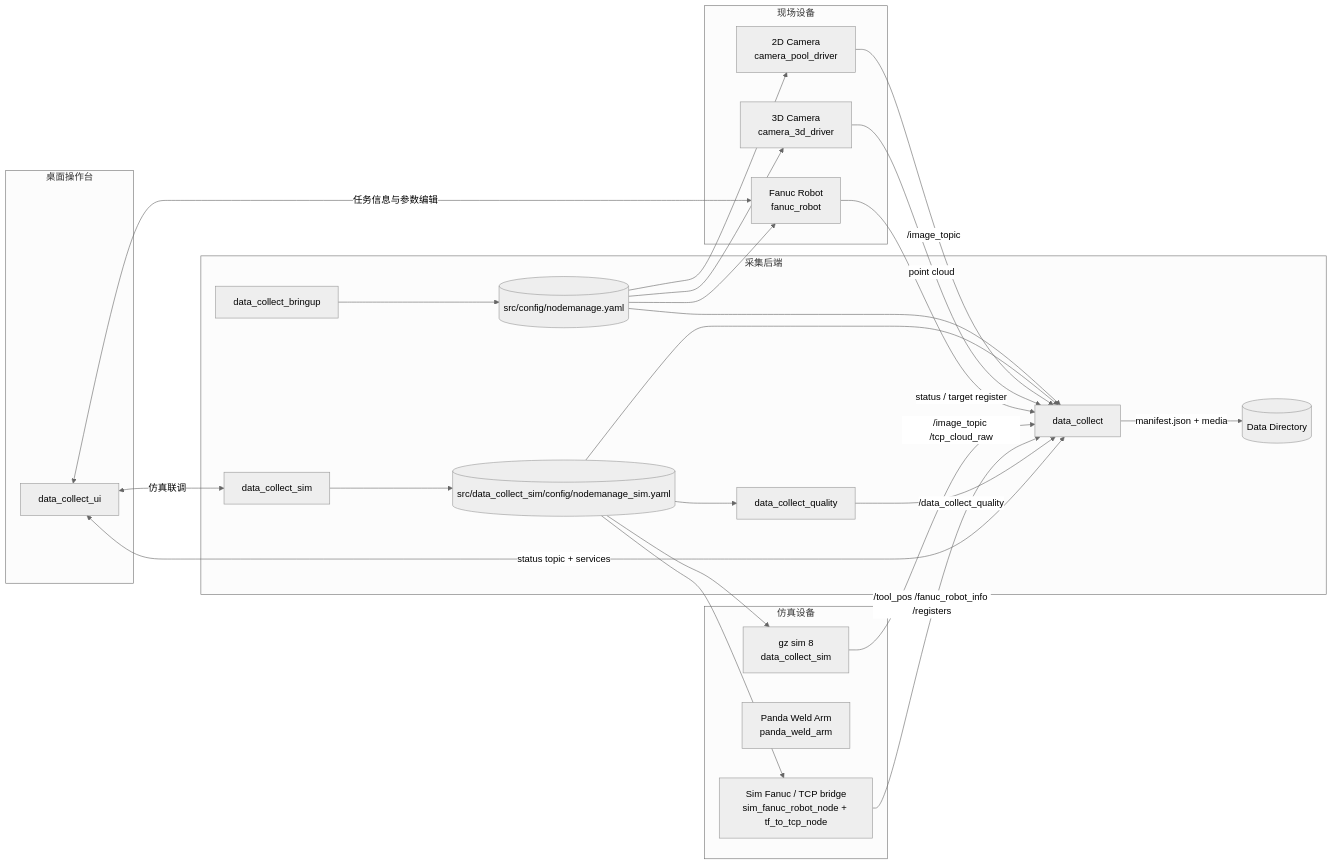
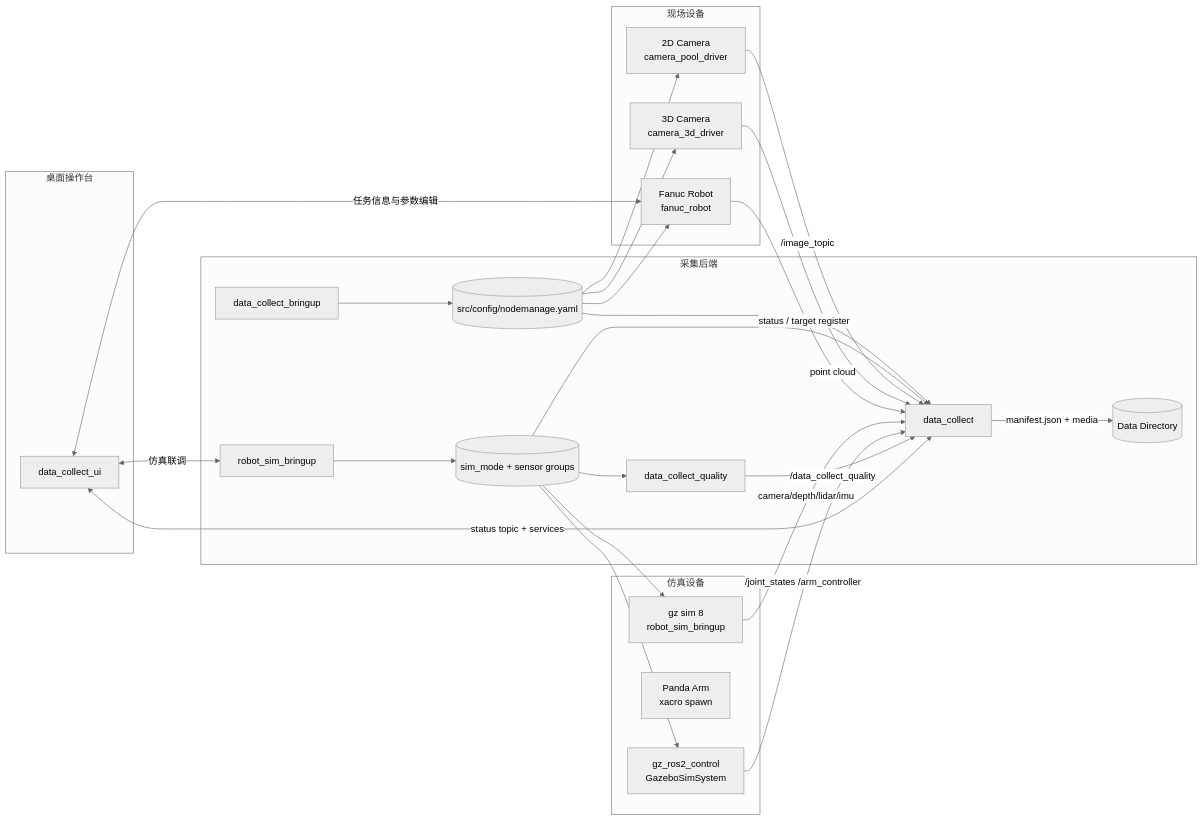
One commit to MzKyle/Robot-Sim changed the diagram in docs/README.md. Above: the diagram before and after it, drawn with Mermaid (neutral theme). The commit also changed other lines of this file and 180 other files, not shown here.

````diff
--- a/docs/README.md
+++ b/docs/README.md
@@ -44,52 +44,52 @@
 ```mermaid
 flowchart LR
     subgraph Devices[现场设备]
         C2D[2D Camera\ncamera_pool_driver]
         C3D[3D Camera\ncamera_3d_driver]
         FANUC[Fanuc Robot\nfanuc_robot]
     end
 
   subgraph Sim[仿真设备]
-    GZ[gz sim 8\ndata_collect_sim]
-    PANDA[Panda Weld Arm\npanda_weld_arm]
-    SIMF[Sim Fanuc / TCP bridge\nsim_fanuc_robot_node + tf_to_tcp_node]
+    GZ[gz sim 8\nrobot_sim_bringup]
+    PANDA[Panda Arm\nxacro spawn]
+    GZCTRL[gz_ros2_control\nGazeboSimSystem]
   end
 
     subgraph Runtime[采集后端]
         BRINGUP[data_collect_bringup]
-    SIMBRINGUP[data_collect_sim]
+    SIMBRINGUP[robot_sim_bringup]
         CFG[(src/config/nodemanage.yaml)]
-    SIMCFG[(src/data_collect_sim/config/nodemanage_sim.yaml)]
+    SIMCFG[(sim_mode + sensor groups)]
         COLLECT[data_collect]
         STORAGE[(Data Directory)]
     QUALITY[data_collect_quality]
     end
 
     subgraph Client[桌面操作台]
         UI[data_collect_ui]
     end
 
     BRINGUP --> CFG
     SIMBRINGUP --> SIMCFG
     CFG --> C2D
     CFG --> C3D
     CFG --> FANUC
     CFG --> COLLECT
     SIMCFG --> GZ
-    SIMCFG --> SIMF
+    SIMCFG --> GZCTRL
     SIMCFG --> QUALITY
     SIMCFG --> COLLECT
 
     C2D -->|/image_topic| COLLECT
     C3D -->|point cloud| COLLECT
     FANUC -->|status / target register| COLLECT
-    GZ -->|/image_topic /tcp_cloud_raw| COLLECT
-    SIMF -->|/tool_pos /fanuc_robot_info /registers| COLLECT
+    GZ -->|camera/depth/lidar/imu| COLLECT
+    GZCTRL -->|/joint_states /arm_controller| COLLECT
     QUALITY -->|/data_collect_quality| COLLECT
 
     UI <--> |status topic + services| COLLECT
     UI <--> |任务信息与参数编辑| FANUC
     UI <--> |仿真联调| SIMBRINGUP
 
     COLLECT -->|manifest.json + media| STORAGE
 ```
````
